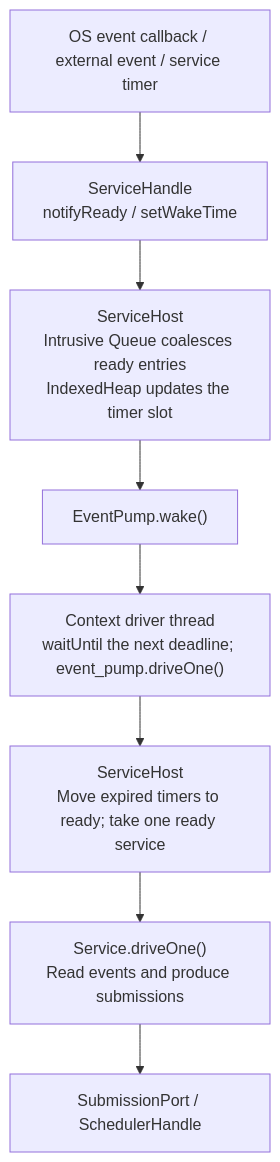
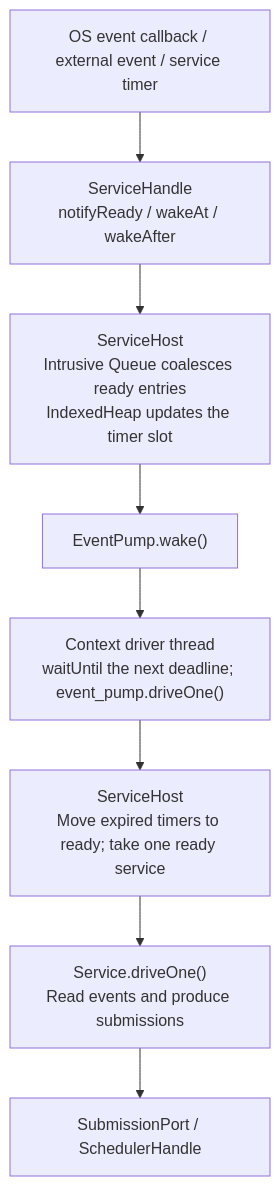
Before and after one commit to mmmmmcree/async: the fourth of 7 diagrams in docs/core-architecture/en/core-architecture.md, drawn with Mermaid. The commit also changed other lines of this file and 9 other files, not shown here.

Commit message:
wakeAt and wakeAfter

````diff
--- a/docs/core-architecture/en/core-architecture.md
+++ b/docs/core-architecture/en/core-architecture.md
@@ -182,13 +184,13 @@
 ```mermaid
 flowchart TB
     %% id: service-activation
     accTitle: Service Activation and Event Conversion
     source["OS event callback / external event / service timer"]
-    source --> handle["ServiceHandle<br/>notifyReady / setWakeTime"]
+    source --> handle["ServiceHandle<br/>notifyReady / wakeAt / wakeAfter"]
     handle --> registration["ServiceHost<br/>Intrusive Queue coalesces ready entries<br/>IndexedHeap updates the timer slot"]
     registration --> wake["EventPump.wake()"]
     wake --> wait["Context driver thread<br/>waitUntil the next deadline; event_pump.driveOne()"]
     wait --> ready["ServiceHost<br/>Move expired timers to ready; take one ready service"]
     ready --> service["Service.driveOne()<br/>Read events and produce submissions"]
     service --> submit["SubmissionPort / SchedulerHandle"]
 ```
````
